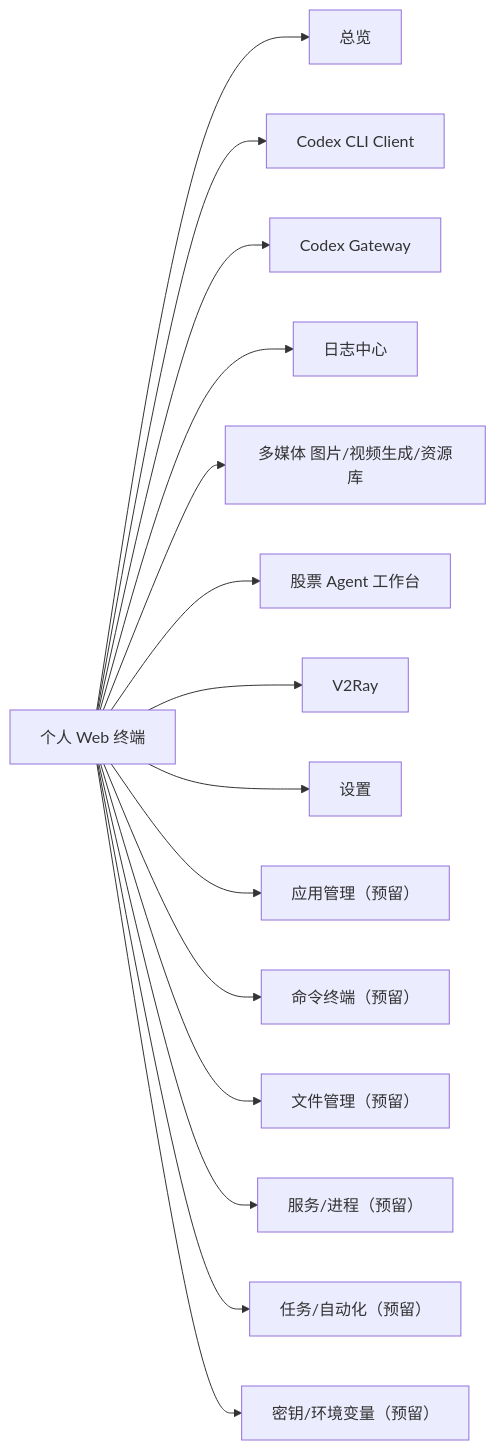
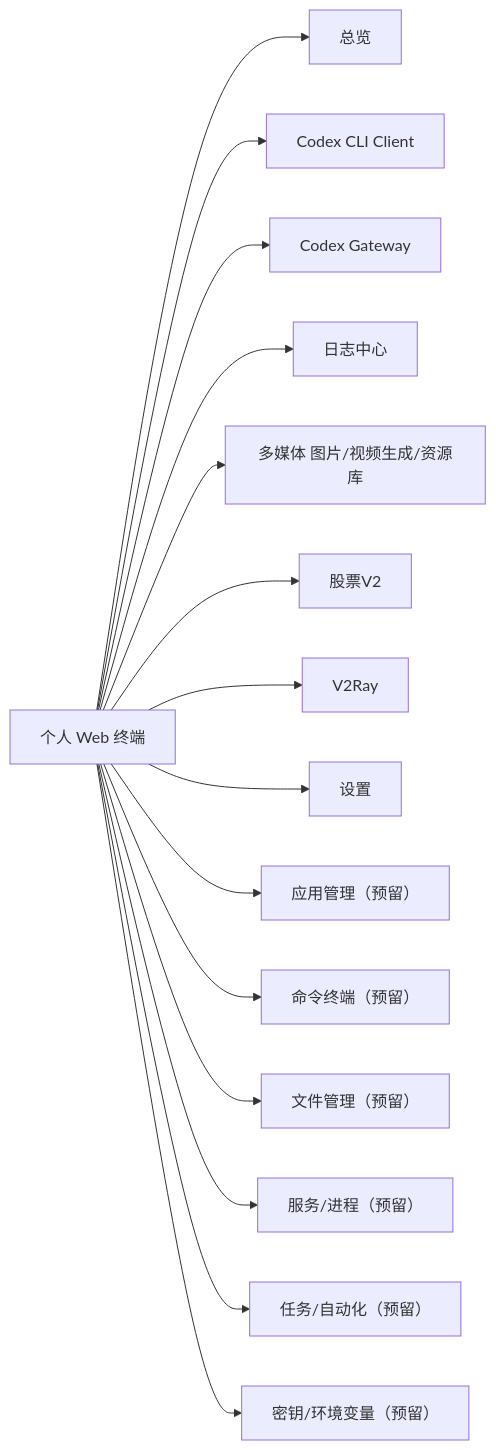
Before and after one commit to NageNalock/phantom-lancer: the first of 2 diagrams in docs/personal-web-terminal-product-features.md, drawn with Mermaid. The commit also changed other lines of this file and 46 other files, not shown here.

````diff
--- a/docs/personal-web-terminal-product-features.md
+++ b/docs/personal-web-terminal-product-features.md
@@ -84,17 +73,17 @@
 ```mermaid
 flowchart LR
   Console["个人 Web 终端"] --> Dashboard["总览"]
   Console --> Codex["Codex CLI Client"]
   Console --> Gateway["Codex Gateway"]
   Console --> Logs["日志中心"]
   Console --> Media["多媒体 图片/视频生成/资源库"]
-  Console --> Stock["股票 Agent 工作台"]
+  Console --> Stock["股票V2"]
   Console --> V2Ray["V2Ray"]
   Console --> Settings["设置"]
   Console --> Apps["应用管理（预留）"]
   Console --> Shell["命令终端（预留）"]
   Console --> Files["文件管理（预留）"]
   Console --> Services["服务/进程（预留）"]
   Console --> Jobs["任务/自动化（预留）"]
   Console --> Secrets["密钥/环境变量（预留）"]
 ```
````
